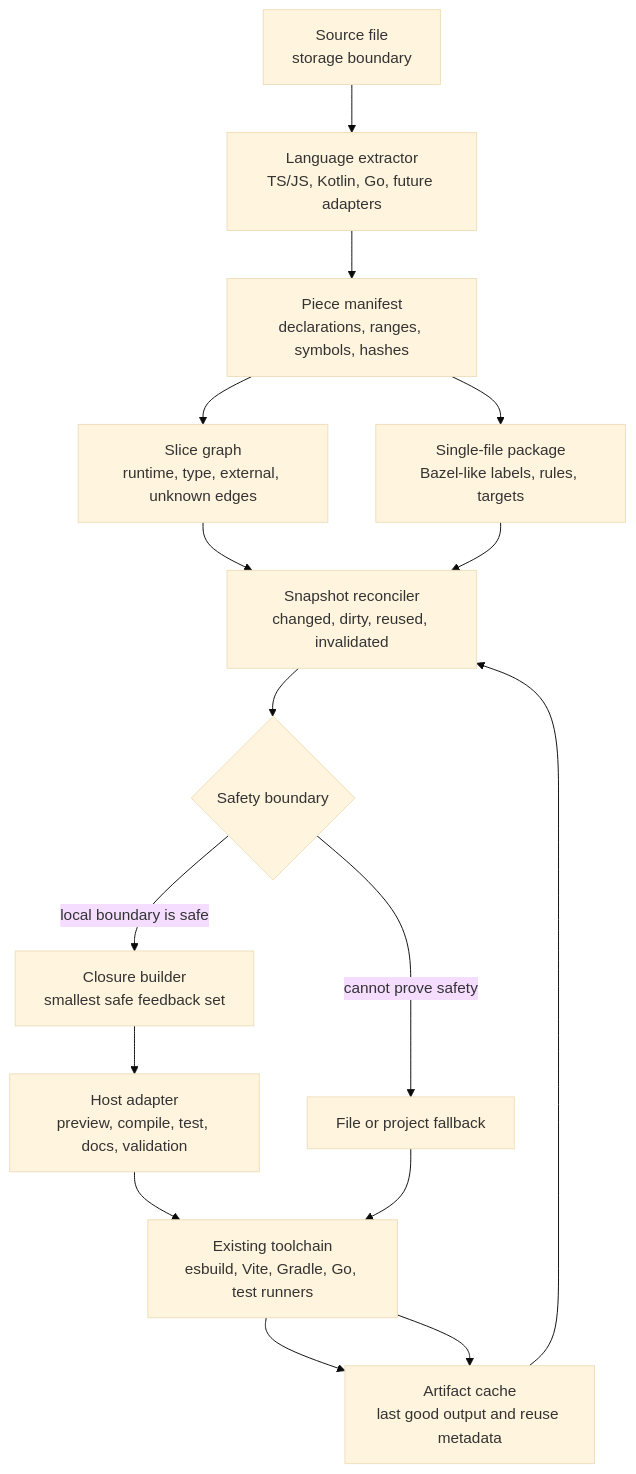
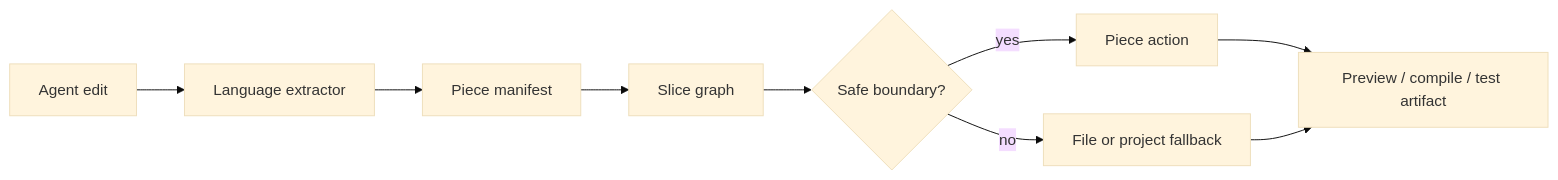
Before and after one commit to phodal/piece: the diagram in README.md, drawn with Mermaid (base theme). The commit also changed other lines of this file, not shown here.

````diff
--- a/README.md
+++ b/README.md
@@ -31,22 +43,11 @@
 ```mermaid
-flowchart TB
-  A["Source file<br/>storage boundary"]
-  B["Language extractor<br/>TS/JS, Kotlin, Go, future adapters"]
-  C["Piece manifest<br/>declarations, ranges, symbols, hashes"]
-  D["Single-file package<br/>Bazel-like labels, rules, targets"]
-  E["Slice graph<br/>runtime, type, external, unknown edges"]
-  F["Snapshot reconciler<br/>changed, dirty, reused, invalidated"]
-  G{"Safety boundary"}
-  H["Closure builder<br/>smallest safe feedback set"]
-  I["Host adapter<br/>preview, compile, test, docs, validation"]
-  J["Existing toolchain<br/>esbuild, Vite, Gradle, Go, test runners"]
-  K["Artifact cache<br/>last good output and reuse metadata"]
-  L["File or project fallback"]
-
-  A --> B --> C --> D
-  C --> E --> F --> G
-  D --> F
-  K --> F
-  G -->|local boundary is safe| H --> I --> J --> K
-  G -->|cannot prove safety| L --> J --> K
+flowchart LR
+  A["Agent edit"] --> B["Language extractor"]
+  B --> C["Piece manifest"]
+  C --> D["Slice graph"]
+  D --> E{"Safe boundary?"}
+  E -->|yes| F["Piece action"]
+  E -->|no| G["File or project fallback"]
+  F --> H["Preview / compile / test artifact"]
+  G --> H
 ```
````
